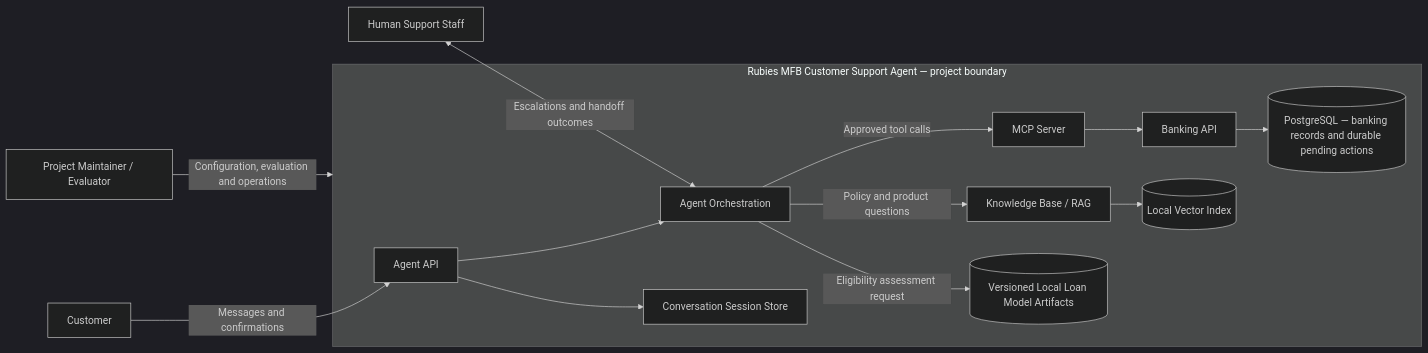
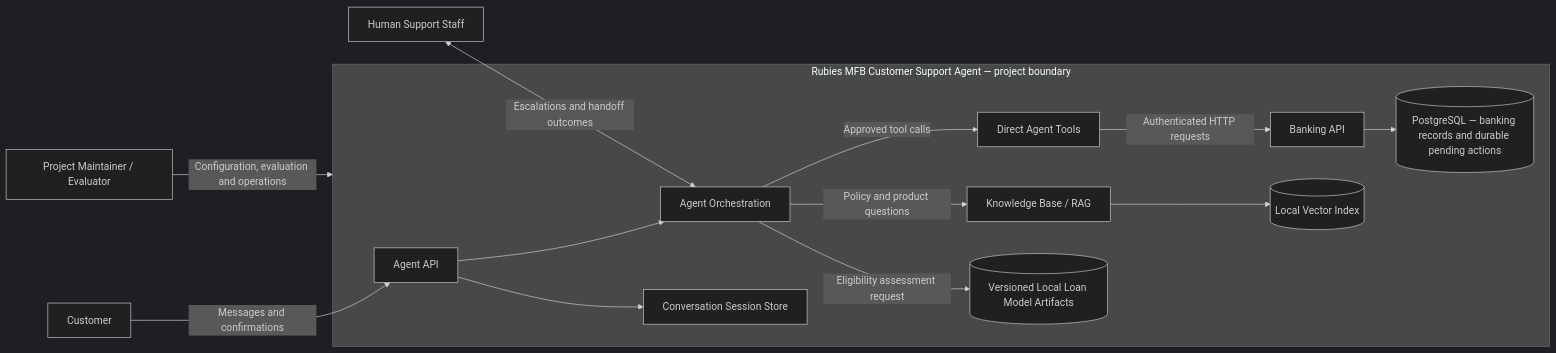
Before and after one commit to odb44/rubies-mfb-agent: the diagram in docs/architecture/diagrams/system-context.mmd, drawn with Mermaid (dark theme). The commit also changed other lines of this file and 226 other files, not shown here.

````diff
--- a/docs/architecture/diagrams/system-context.mmd
+++ b/docs/architecture/diagrams/system-context.mmd
@@ -12,30 +12,30 @@
 ```mermaid
 flowchart LR
     Customer[Customer]
     Support[Human Support Staff]
     Maintainer[Project Maintainer / Evaluator]
 
     subgraph RubiesAgent["Rubies MFB Customer Support Agent — project boundary"]
         AgentAPI[Agent API]
         Agent[Agent Orchestration]
         Knowledge[Knowledge Base / RAG]
         Banking[Banking API]
-        MCP[MCP Server]
+        ToolExecutor[Direct Agent Tools]
         Session[Conversation Session Store]
         DB[(PostgreSQL — banking records and durable pending actions)]
         Vector[(Local Vector Index)]
         Model[(Versioned Local Loan Model Artifacts)]
     end
 
     Customer -->|Messages and confirmations| AgentAPI
     AgentAPI --> Agent
     Agent -->|Policy and product questions| Knowledge
     Knowledge --> Vector
-    Agent -->|Approved tool calls| MCP
-    MCP --> Banking
+    Agent -->|Approved tool calls| ToolExecutor
+    ToolExecutor -->|Authenticated HTTP requests| Banking
     Banking --> DB
     AgentAPI --> Session
     Agent -->|Eligibility assessment request| Model
     Support <-->|Escalations and handoff outcomes| Agent
     Maintainer -->|Configuration, evaluation and operations| RubiesAgent
 ```
````
